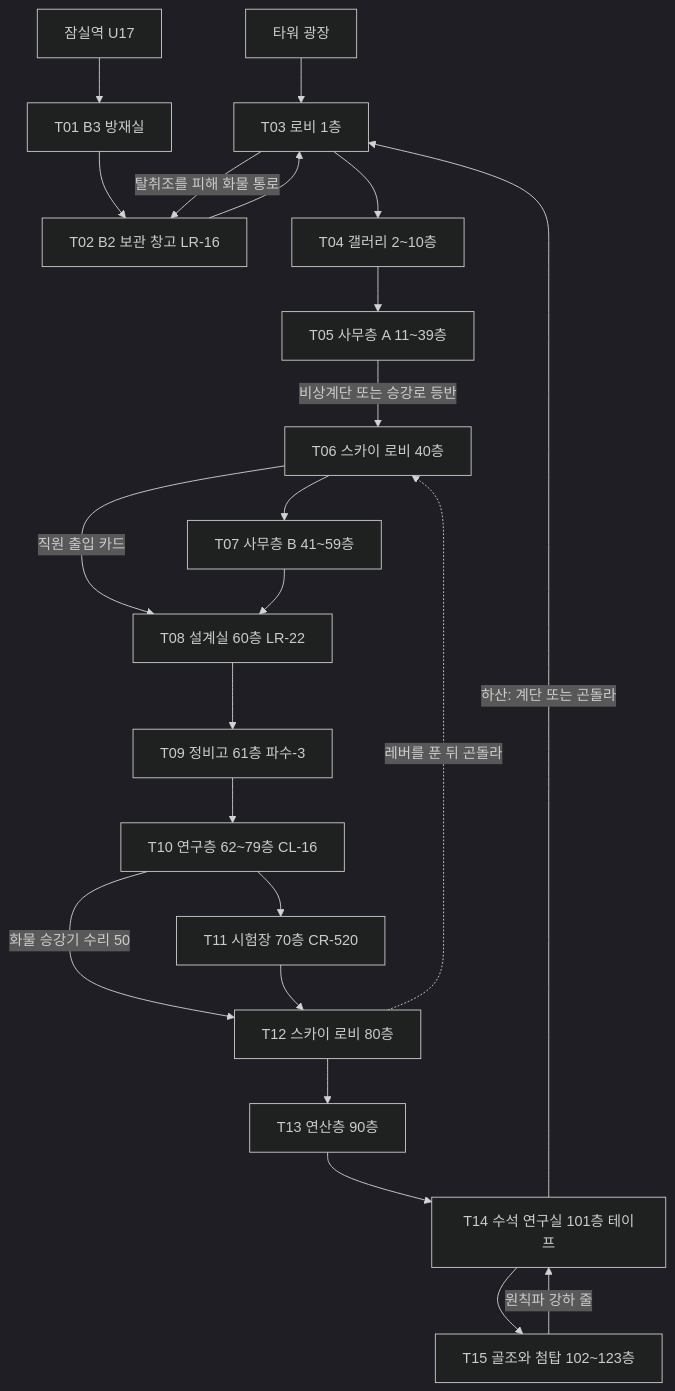
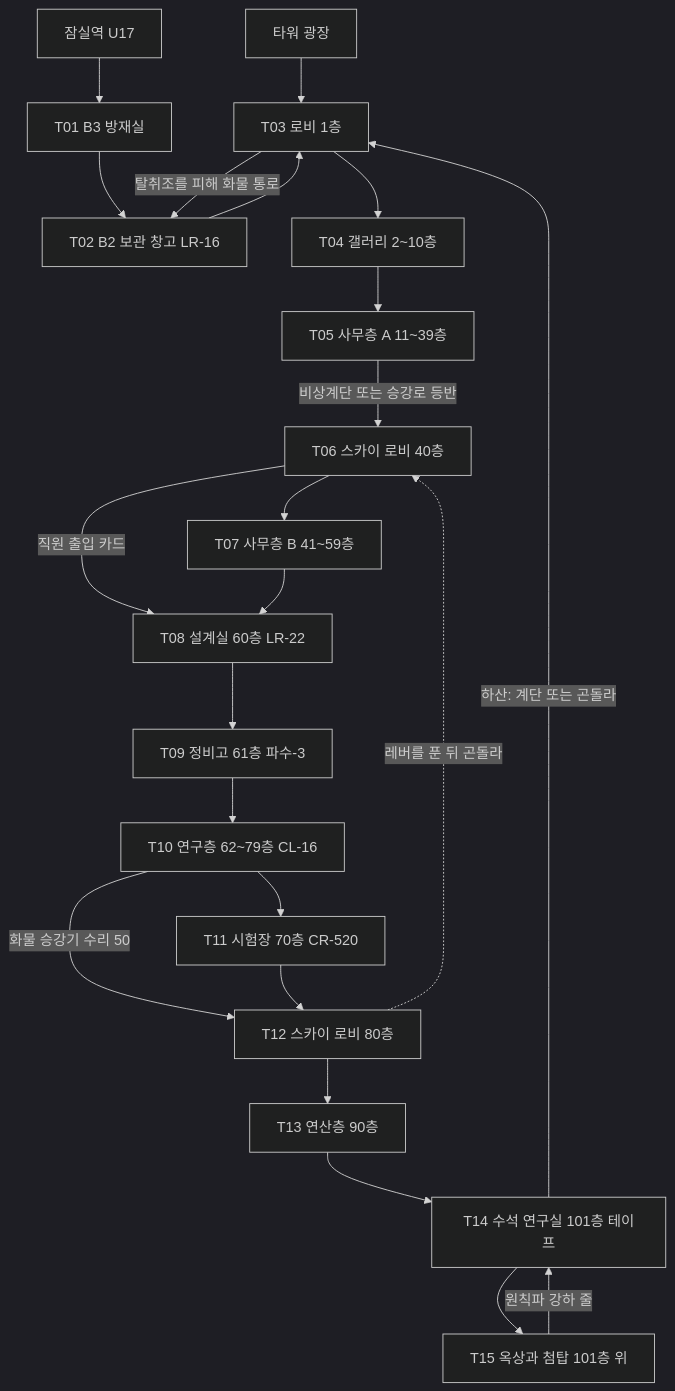
The first of 2 diagrams in docs/seoul-fallout/09d_locations-r07-r11.md (forsurvive/003), drawn with Mermaid (dark theme) before and after one commit. The commit also changed other lines of this file and 18 other files, not shown here.

````diff
--- a/docs/seoul-fallout/09d_locations-r07-r11.md
+++ b/docs/seoul-fallout/09d_locations-r07-r11.md
@@ -238,25 +239,25 @@
 ```mermaid
 flowchart TD
   OUT["타워 광장"] --> T03["T03 로비 1층"]
   SUB["잠실역 U17"] --> T01["T01 B3 방재실"]
   T01 --> T02["T02 B2 보관 창고 LR-16"]
   T02 --> T03
   T03 --> T04["T04 갤러리 2~10층"]
   T04 --> T05["T05 사무층 A 11~39층"]
   T05 -->|"비상계단 또는 승강로 등반"| T06["T06 스카이 로비 40층"]
   T06 -->|"직원 출입 카드"| T08["T08 설계실 60층 LR-22"]
   T06 --> T07["T07 사무층 B 41~59층"]
   T07 --> T08
   T08 --> T09["T09 정비고 61층 파수-3"]
   T09 --> T10["T10 연구층 62~79층 CL-16"]
   T10 --> T11["T11 시험장 70층 CR-520"]
   T10 -->|"화물 승강기 수리 50"| T12["T12 스카이 로비 80층"]
   T11 --> T12
   T12 -.->|"레버를 푼 뒤 곤돌라"| T06
   T12 --> T13["T13 연산층 90층"]
   T13 --> T14["T14 수석 연구실 101층 테이프"]
-  T15["T15 골조와 첨탑 102~123층"] -->|"원칙파 강하 줄"| T14
+  T15["T15 옥상과 첨탑 101층 위"] -->|"원칙파 강하 줄"| T14
   T14 --> T15
   T14 -->|"하산: 계단 또는 곤돌라"| T03
   T03 -->|"탈취조를 피해 화물 통로"| T02
 ```
````
